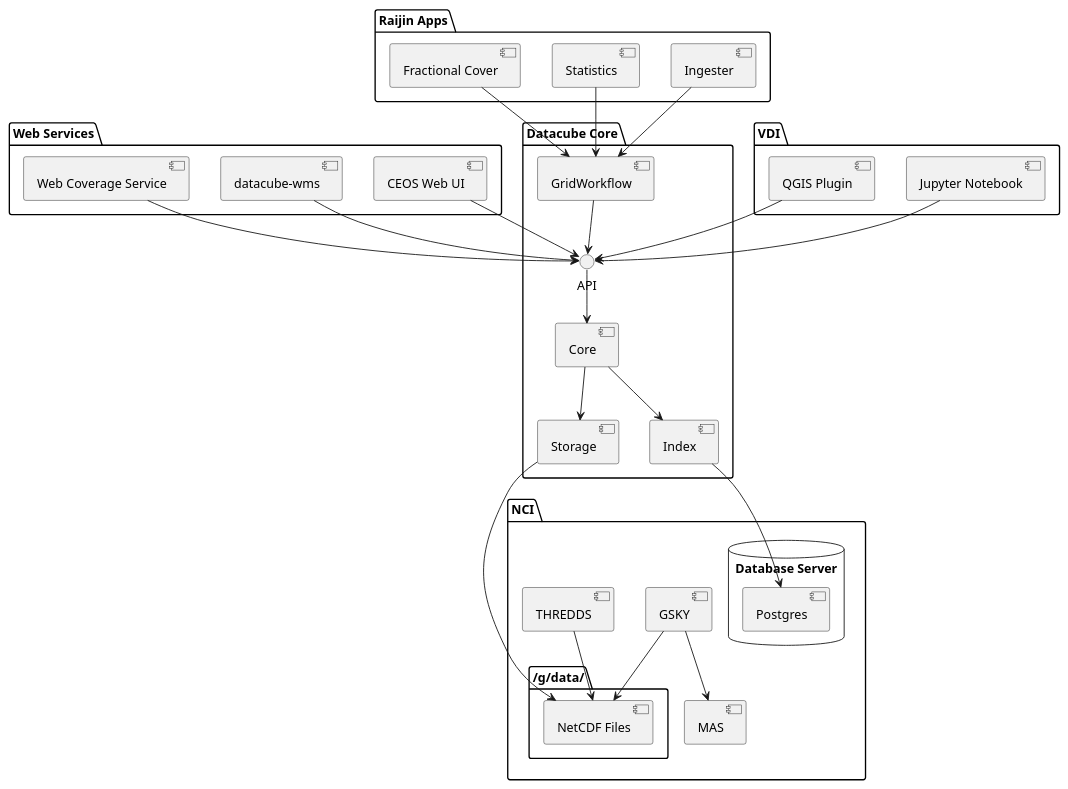
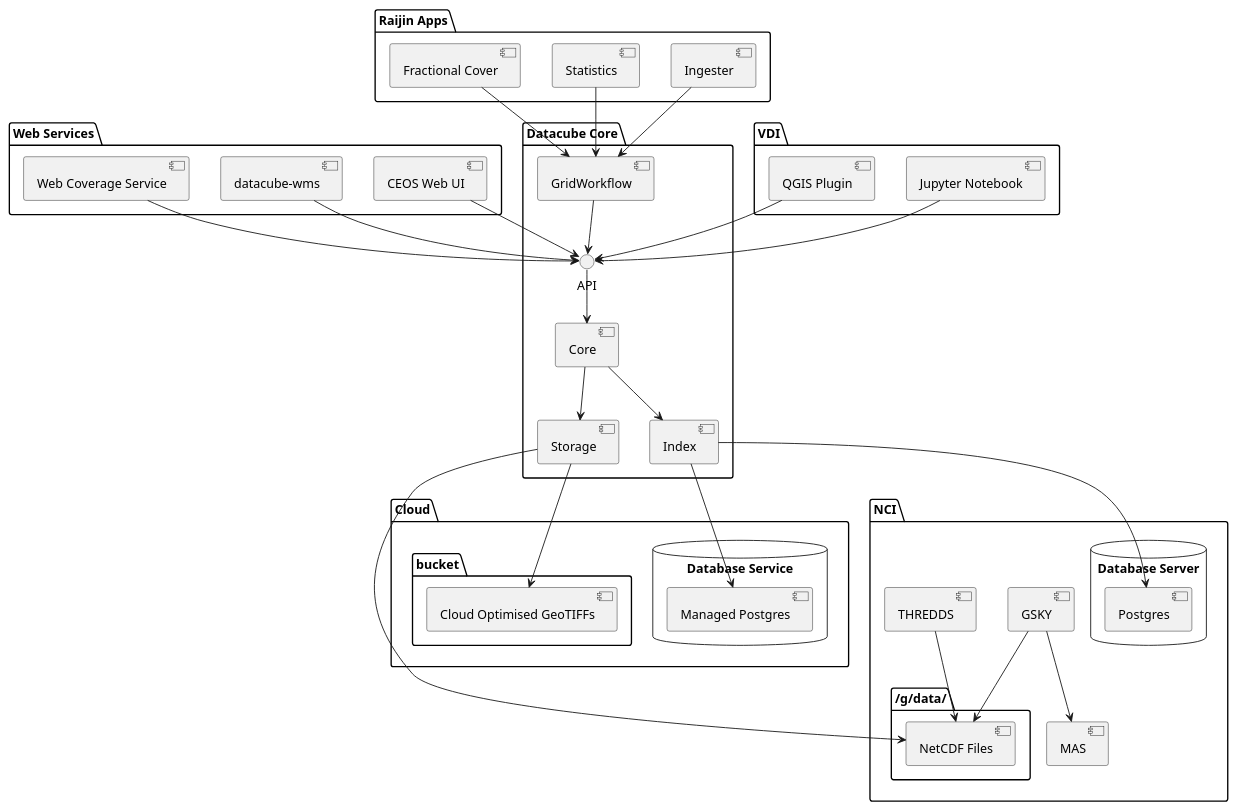
The diagram in docs/diagrams/modules.puml (opendatacube/datacube-core), drawn with PlantUML before and after one commit. The commit also changed 28 other files, not shown here.

Commit message:
Move around pages of thearchitecture docs

```diff
--- a/docs/diagrams/modules.puml
+++ b/docs/diagrams/modules.puml
@@ -1,64 +1,79 @@
 @startuml
 
 package "VDI" {
 [Jupyter Notebook]
 [QGIS Plugin]
 }
 
 package "Web Services" {
 [datacube-wms]
 [Web Coverage Service]
 [CEOS Web UI]
 }
 
 package "Raijin Apps" {
 [Ingester]
 [Statistics]
 [Fractional Cover]
 }
 
 package "Datacube Core" {
 [GridWorkflow]
 [Index]
 [Storage]
 
 API --> [Core]
 [GridWorkflow] --> API
 [Core] --> [Index]
 [Core] --> [Storage]
 }
 
 [Ingester] --> [GridWorkflow]
 [Statistics] --> [GridWorkflow]
 [Fractional Cover] --> [GridWorkflow]
 
 [datacube-wms] --> API
 [Web Coverage Service] --> API
 [CEOS Web UI] -> API
 
 [Jupyter Notebook] --> API
 [QGIS Plugin] --> API
 
 
 package "NCI" {
 [GSKY]
 [THREDDS]
 
 folder "/g/data/" {
   [NetCDF Files]
 }
 
 database "Database Server" {
   [Postgres]
 }
 
 [THREDDS] --> [NetCDF Files]
 [GSKY] --> [NetCDF Files]
 [GSKY] --> [MAS]
 
 [Index] -d-> [Postgres]
 [Storage] -r-> [NetCDF Files]
 }
 
+package "Cloud" {
+
+folder "bucket" {
+  [Cloud Optimised GeoTIFFs]
+}
+
+database "Database Service" {
+  [Managed Postgres]
+}
+
+[Index] -d-> [Managed Postgres]
+[Storage] -r-> [Cloud Optimised GeoTIFFs]
+
+}
+
 
 @enduml
```
